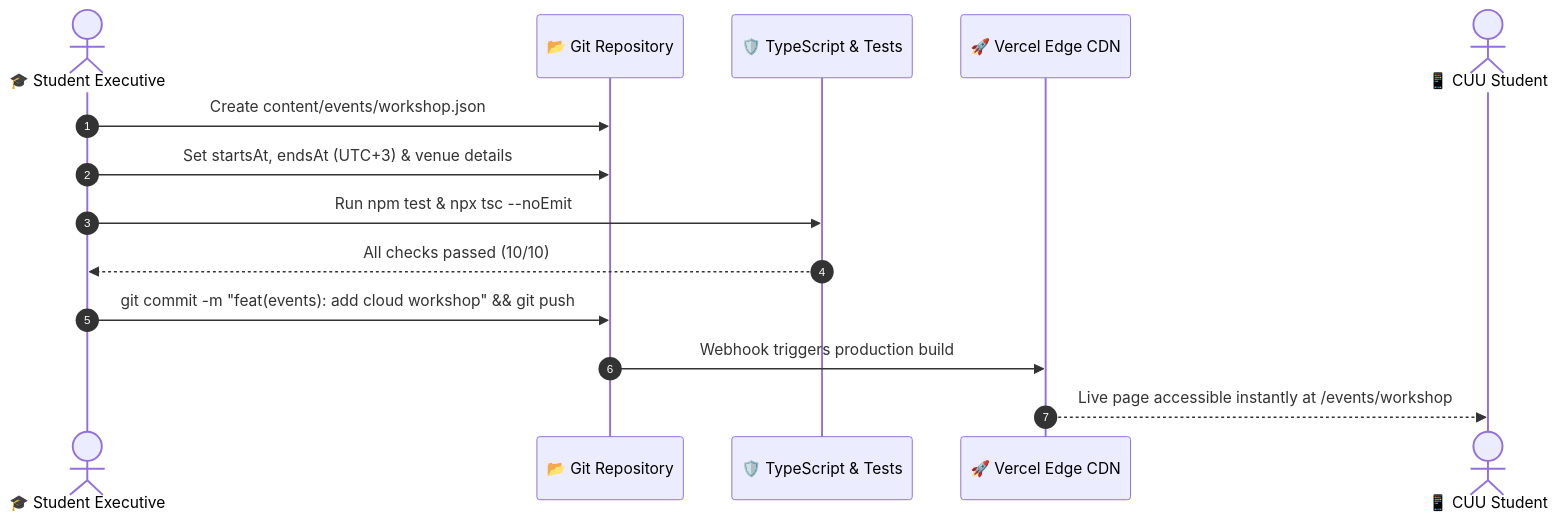
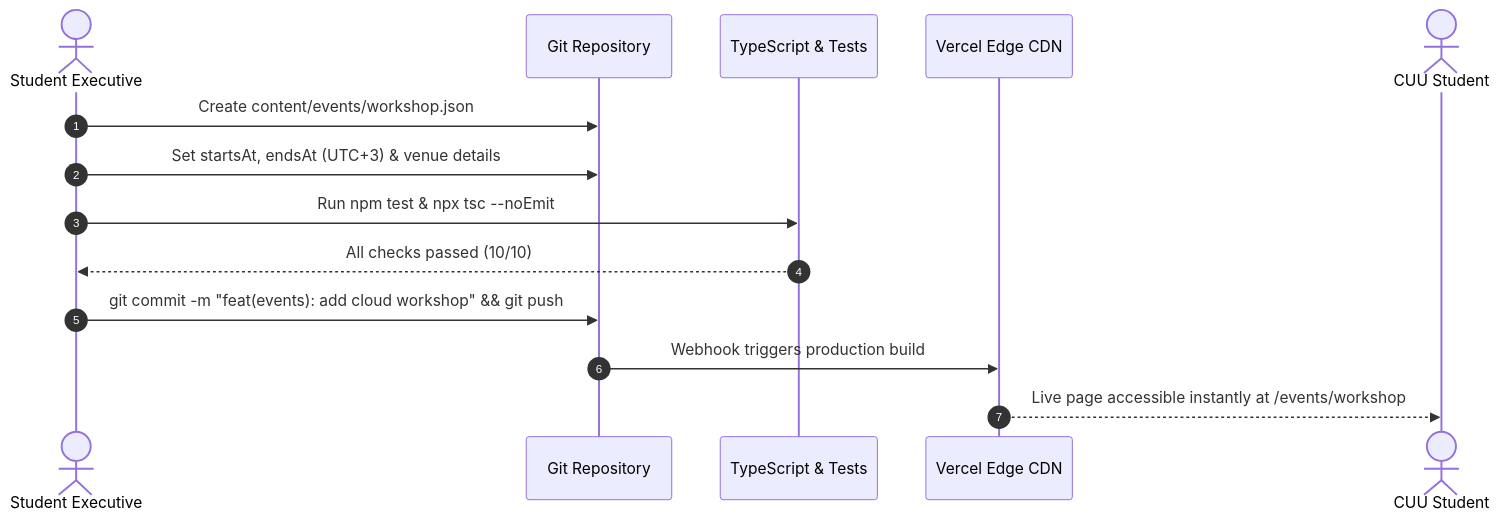
One commit to EGABO-TECH/ieee-cuu-website changed the third of 3 diagrams in README.md. Above: the diagram before and after it, drawn with Mermaid. The commit also changed other lines of this file, not shown here.

````diff
--- a/README.md
+++ b/README.md
@@ -175,17 +175,17 @@
 ```mermaid
 sequenceDiagram
     autonumber
-    actor Contributor as 🎓 Student Executive
-    participant Repo as 📂 Git Repository
-    participant Validation as 🛡️ TypeScript & Tests
-    participant Vercel as 🚀 Vercel Edge CDN
-    actor Student as 📱 CUU Student
+    actor Contributor as  Student Executive
+    participant Repo as  Git Repository
+    participant Validation as  TypeScript & Tests
+    participant Vercel as  Vercel Edge CDN
+    actor Student as  CUU Student
 
     Contributor->>Repo: Create content/events/workshop.json
     Contributor->>Repo: Set startsAt, endsAt (UTC+3) & venue details
     Contributor->>Validation: Run npm test & npx tsc --noEmit
     Validation-->>Contributor: All checks passed (10/10)
     Contributor->>Repo: git commit -m "feat(events): add cloud workshop" && git push
     Repo->>Vercel: Webhook triggers production build
     Vercel-->>Student: Live page accessible instantly at /events/workshop
 ```
````
